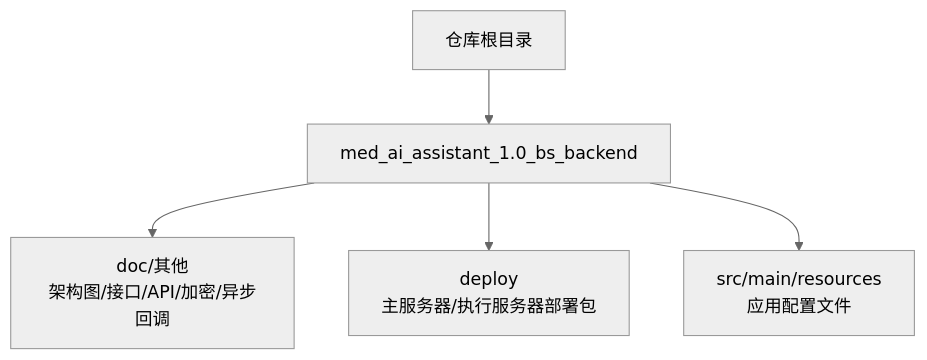
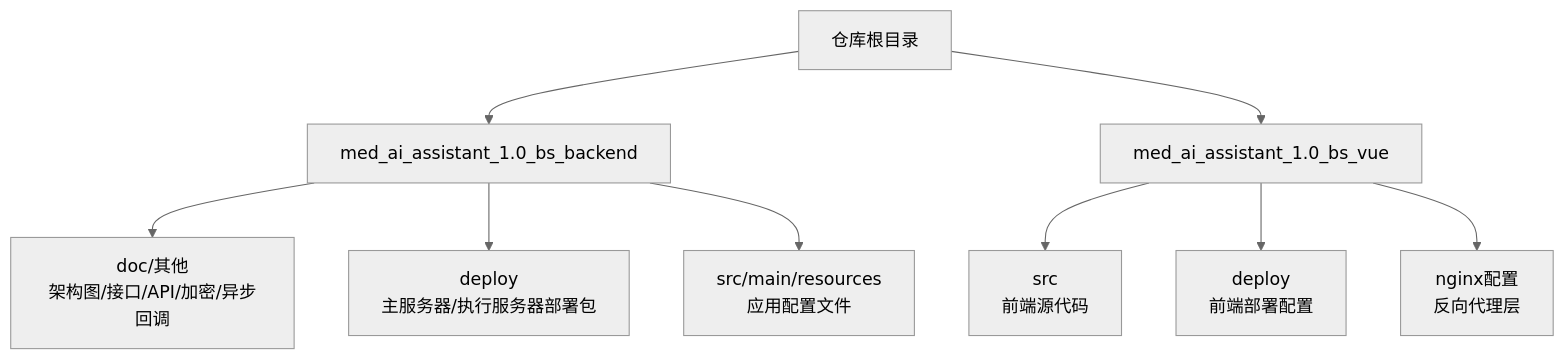
One commit to liuzh2008/med_ai_assistant_workspace changed the first of 11 diagrams in .qoder/repowiki/zh/content/系统架构/系统架构.md. Above: the diagram before and after it, drawn with Mermaid (neutral theme). The commit also changed other lines of this file and 4 other files, not shown here.

````diff
--- a/.qoder/repowiki/zh/content/系统架构/系统架构.md
+++ b/.qoder/repowiki/zh/content/系统架构/系统架构.md
@@ -41,7 +59,11 @@
 ```mermaid
 graph TB
 A["仓库根目录"] --> B["med_ai_assistant_1.0_bs_backend"]
 B --> C["doc/其他<br/>架构图/接口/API/加密/异步回调"]
 B --> D["deploy<br/>主服务器/执行服务器部署包"]
 B --> E["src/main/resources<br/>应用配置文件"]
+A --> F["med_ai_assistant_1.0_bs_vue"]
+F --> G["src<br/>前端源代码"]
+F --> H["deploy<br/>前端部署配置"]
+F --> I["nginx配置<br/>反向代理层"]
 ```
````
